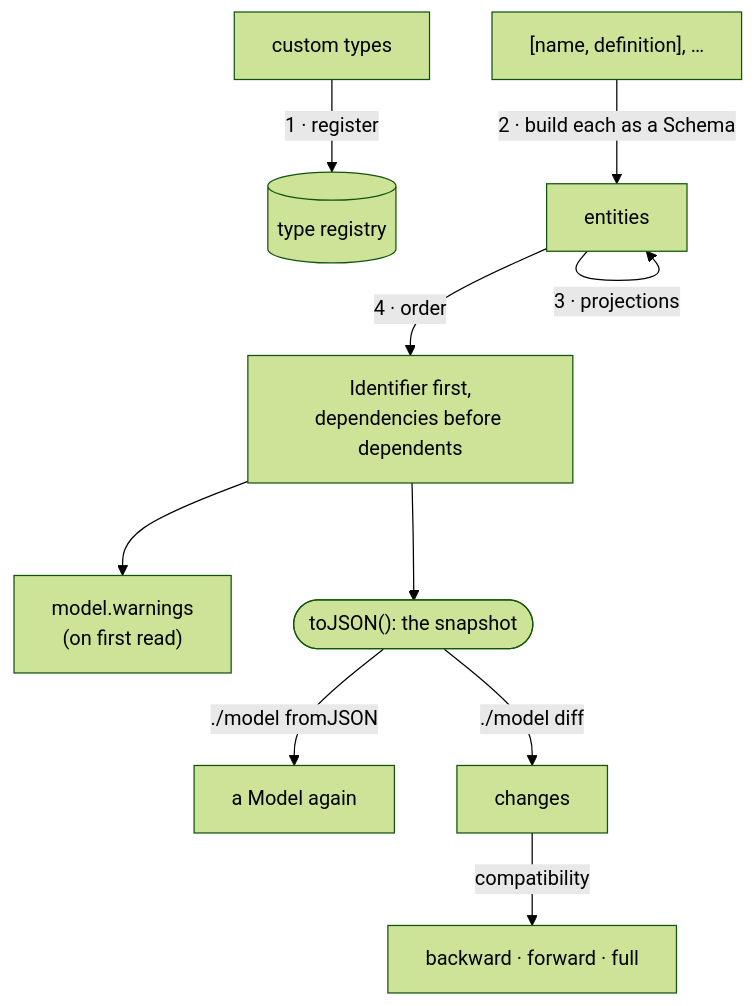
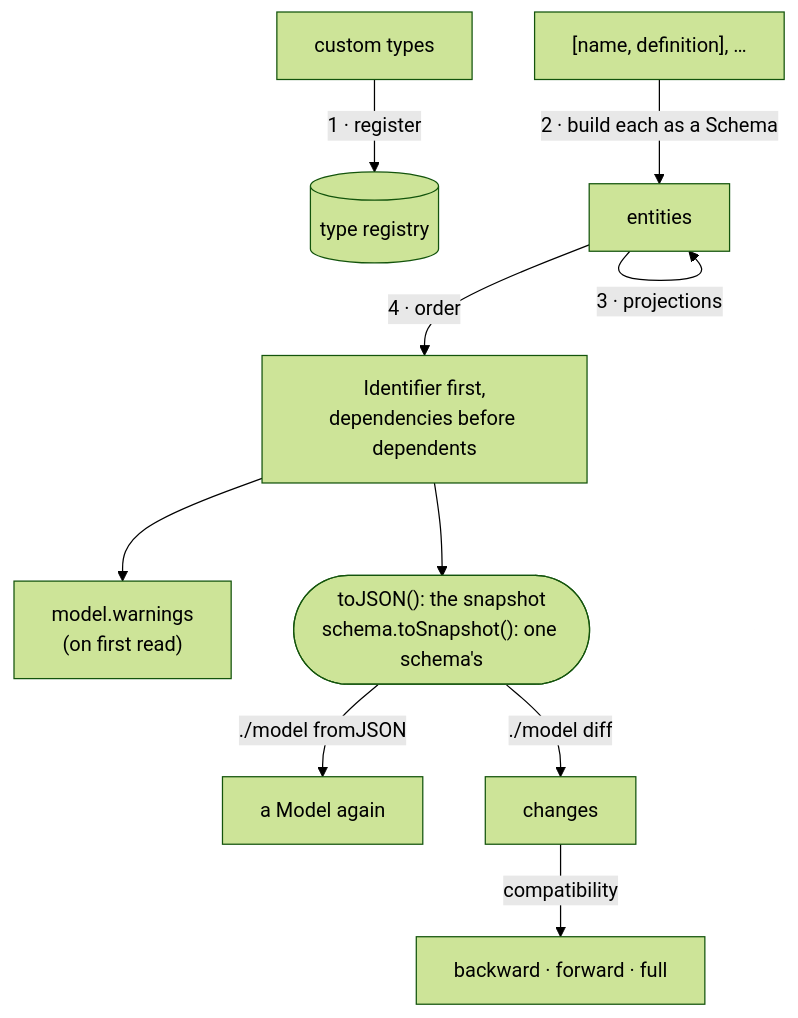
The ninth of 10 diagrams in docs/guide/architecture.md (Alexis-Technologies/metaschema), drawn with Mermaid (forest theme) before and after one commit. The commit also changed other lines of this file and 119 other files, not shown here.

First line of the commit message:
metaschema v3.4: toSnapshot, bytes/flags/decimals, lazy checks, ./definition (#8)

````diff
--- a/docs/guide/architecture.md
+++ b/docs/guide/architecture.md
@@ -190,11 +221,11 @@
 ```mermaid
 flowchart TB
     TY["custom types"] -->|"1 · register"| REG[("type registry")]
     ENT["[name, definition], …"] -->|"2 · build each as a Schema"| SCH["entities"]
     SCH -->|"3 · projections"| SCH
     SCH -->|"4 · order"| ORD["Identifier first,<br/>dependencies before dependents"]
     ORD --> W["model.warnings<br/>(on first read)"]
-    ORD --> J(["toJSON(): the snapshot"])
+    ORD --> J(["toJSON(): the snapshot<br/>schema.toSnapshot(): one schema's"])
     J -->|"./model fromJSON"| BACK["a Model again"]
     J -->|"./model diff"| D["changes"] -->|"compatibility"| CL["backward · forward · full"]
 ```
````
